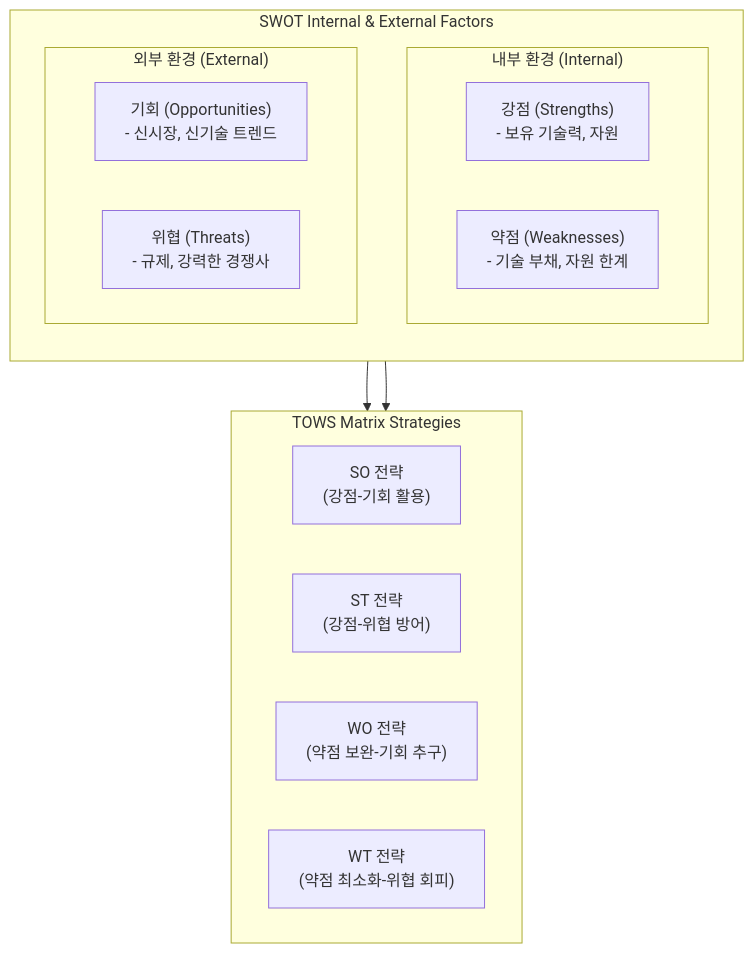
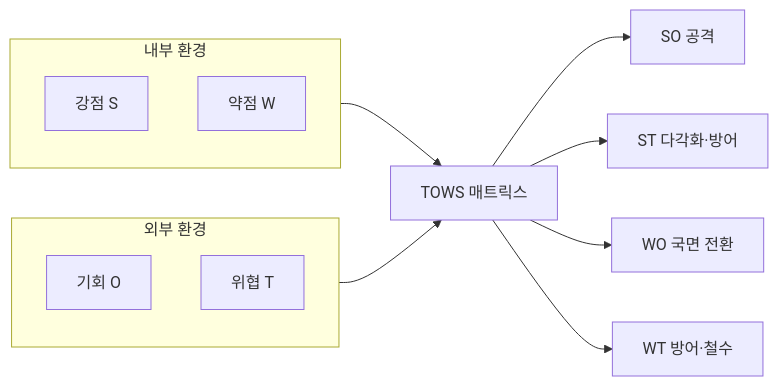
The diagram in content/01_IT Tech/SWOT분석.md (supremethumb/supremethumb.github.io), drawn with Mermaid before and after one commit. The commit also changed other lines of this file and 1087 other files, not shown here.

````diff
--- a/content/01_IT Tech/SWOT분석.md
+++ b/content/01_IT Tech/SWOT분석.md
@@ -25,26 +35,17 @@
 ```mermaid
-flowchart TB
-    subgraph SWOT["SWOT Internal & External Factors"]
-        direction TB
-        subgraph Internal["내부 환경 (Internal)"]
-            S["강점 (Strengths)<br/>- 보유 기술력, 자원"]
-            W["약점 (Weaknesses)<br/>- 기술 부채, 자원 한계"]
-        end
-        subgraph External["외부 환경 (External)"]
-            O["기회 (Opportunities)<br/>- 신시장, 신기술 트렌드"]
-            T["위협 (Threats)<br/>- 규제, 강력한 경쟁사"]
-        end
+flowchart LR
+    subgraph IN["내부 환경"]
+        S["강점 S"]
+        W["약점 W"]
     end
-
-    subgraph TOWS["TOWS Matrix Strategies"]
-        direction LR
-        SO["SO 전략<br/>(강점-기회 활용)"]
-        ST["ST 전략<br/>(강점-위협 방어)"]
-        WO["WO 전략<br/>(약점 보완-기회 추구)"]
-        WT["WT 전략<br/>(약점 최소화-위협 회피)"]
+    subgraph EX["외부 환경"]
+        O["기회 O"]
+        T["위협 T"]
     end
-
-    Internal --> TOWS
-    External --> TOWS
-
+    IN --> X["TOWS 매트릭스"]
+    EX --> X
+    X --> SO["SO 공격"]
+    X --> ST["ST 다각화·방어"]
+    X --> WO["WO 국면 전환"]
+    X --> WT["WT 방어·철수"]
 ```
````
